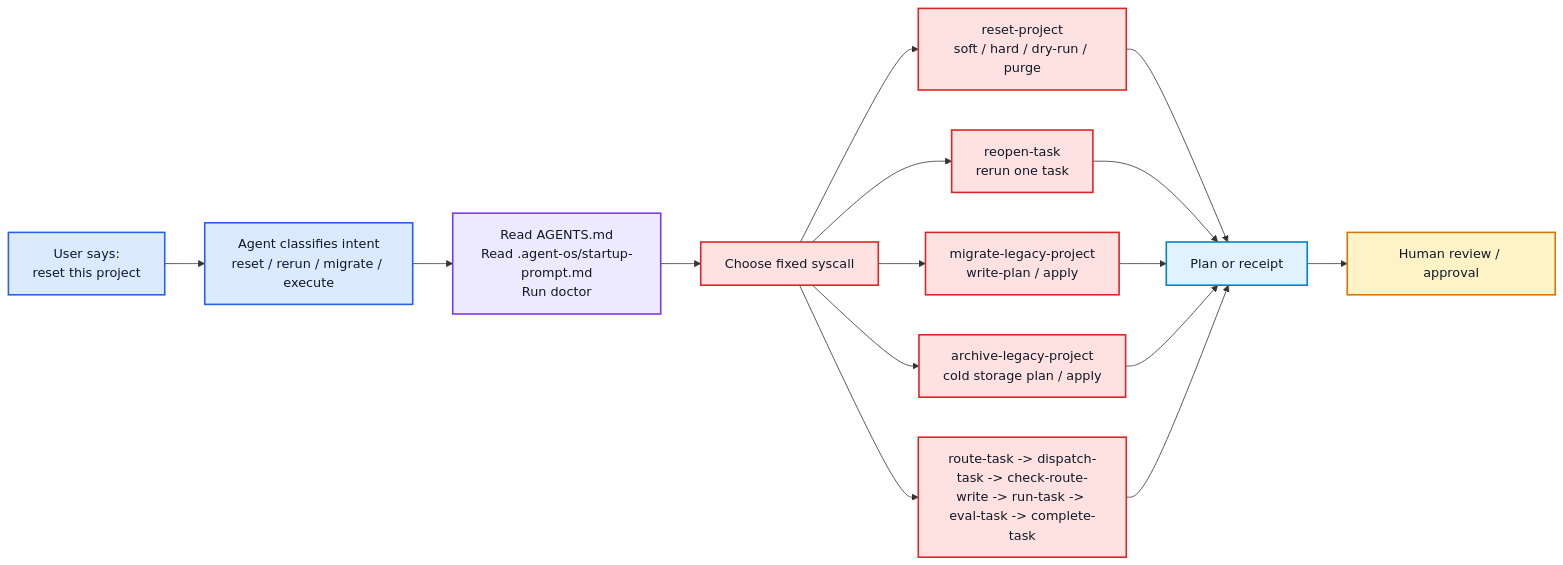
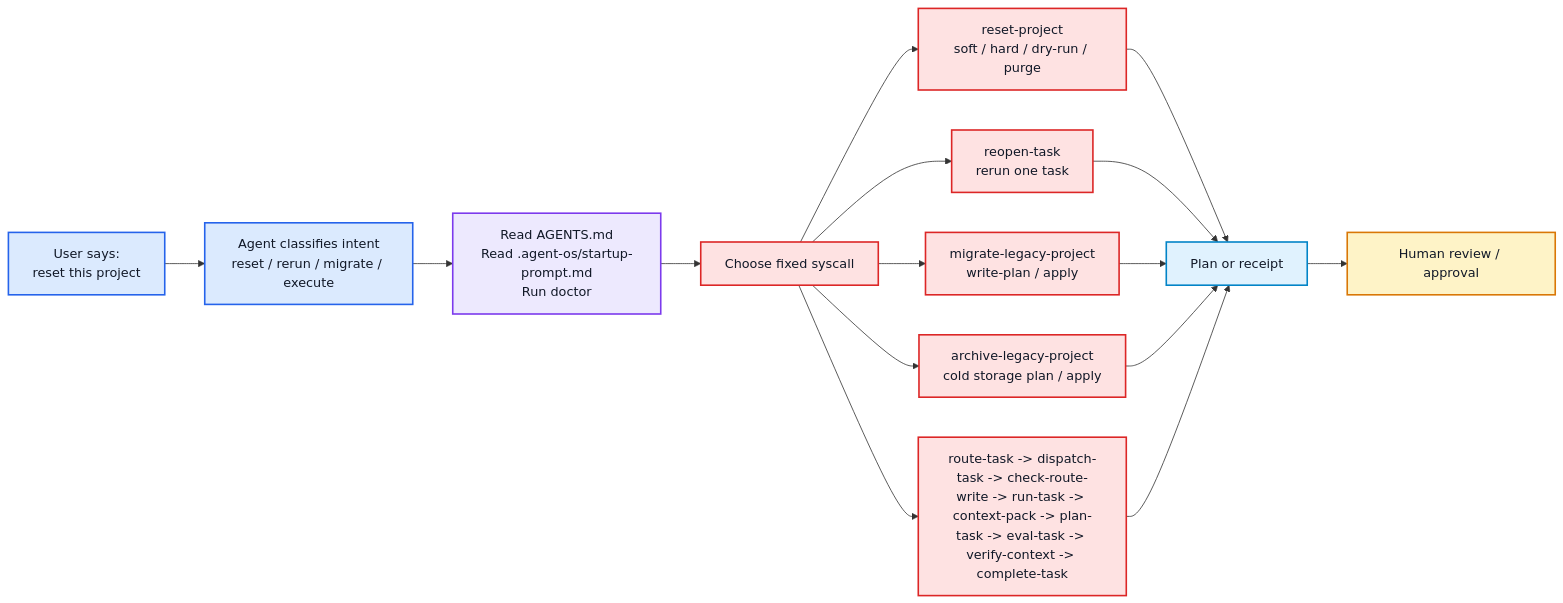
One commit to Fly-Carrot/KnowledgeOS changed the second of 3 diagrams in docs/agentos-architecture.md. Above: the diagram before and after it, drawn with Mermaid. The commit also changed other lines of this file and 25 other files, not shown here.

Commit message:
Add spec context and plan gates

````diff
--- a/docs/agentos-architecture.md
+++ b/docs/agentos-architecture.md
@@ -149,25 +149,25 @@
 ```mermaid
 flowchart LR
     User["User says:\nreset this project"]:::shell --> IntentClass["Agent classifies intent\nreset / rerun / migrate / execute"]:::shell
     IntentClass --> LoadRules["Read AGENTS.md\nRead .agent-os/startup-prompt.md\nRun doctor"]:::control
     LoadRules --> Route["Choose fixed syscall"]:::guard
 
     Route --> Reset["reset-project\nsoft / hard / dry-run / purge"]:::guard
     Route --> Reopen["reopen-task\nrerun one task"]:::guard
     Route --> Migrate["migrate-legacy-project\nwrite-plan / apply"]:::guard
     Route --> Archive["archive-legacy-project\ncold storage plan / apply"]:::guard
-    Route --> Execute["route-task -> dispatch-task -> check-route-write -> run-task -> eval-task -> complete-task"]:::guard
+    Route --> Execute["route-task -> dispatch-task -> check-route-write -> run-task -> context-pack -> plan-task -> eval-task -> verify-context -> complete-task"]:::guard
 
     Reset --> Evidence["Plan or receipt"]:::kernel
     Reopen --> Evidence
     Migrate --> Evidence
     Archive --> Evidence
     Execute --> Evidence
     Evidence --> HumanReview["Human review / approval"]:::human
 
     classDef shell fill:#dbeafe,stroke:#2563eb,color:#111827,stroke-width:2px;
     classDef control fill:#ede9fe,stroke:#7c3aed,color:#111827,stroke-width:2px;
     classDef guard fill:#fee2e2,stroke:#dc2626,color:#111827,stroke-width:2px;
     classDef kernel fill:#e0f2fe,stroke:#0284c7,color:#111827,stroke-width:2px;
     classDef human fill:#fef3c7,stroke:#d97706,color:#111827,stroke-width:2px;
 ```
````
